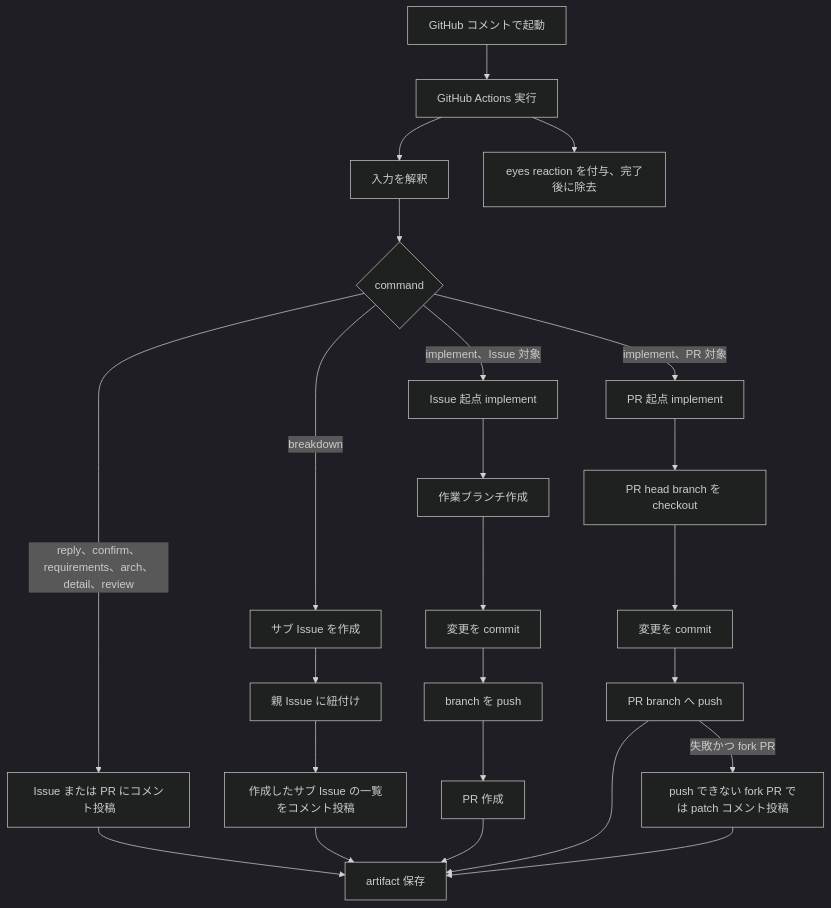
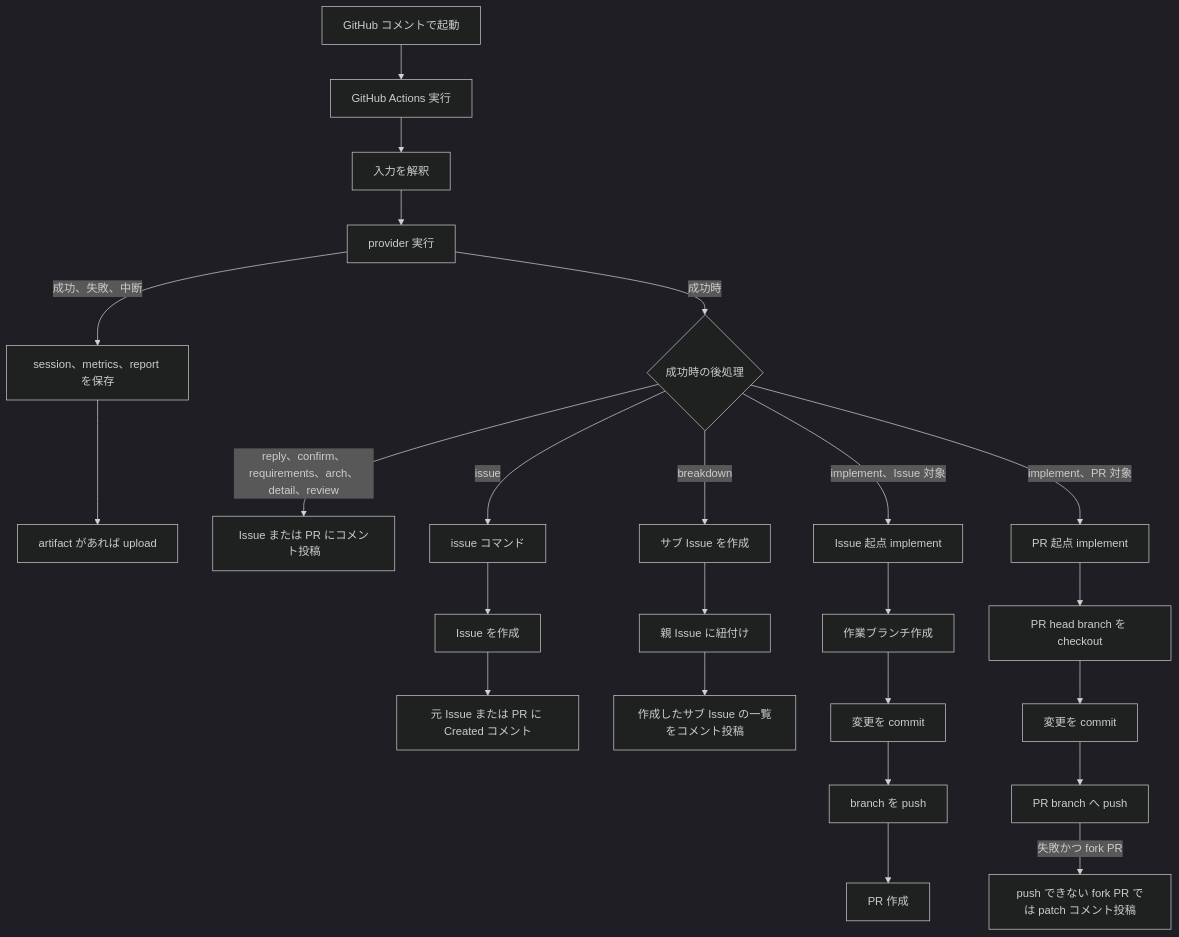
One commit to Hiroshiba/vv-ai changed the third of 3 diagrams in README.md. Above: the diagram before and after it, drawn with Mermaid (dark theme). The commit also changed other lines of this file, not shown here.

Commit message:
vv-ai: implement for PR #35

````diff
--- a/README.md
+++ b/README.md
@@ -190,51 +190,54 @@
 ```mermaid
 flowchart TD
   comment["GitHub コメントで起動"]
   action["GitHub Actions 実行"]
   parse["入力を解釈"]
-  command{"command"}
+  provider_run["provider 実行"]
+  effects{"成功時の後処理"}
+  artifact["session、metrics、report を保存"]
+  upload["artifact があれば upload"]
 
   response["Issue または PR にコメント投稿"]
+  issue_command["issue コマンド"]
+  created_issue["Issue を作成"]
+  created_link["元 Issue または PR に Created コメント"]
   create_tasks["サブ Issue を作成"]
   link_tasks["親 Issue に紐付け"]
   summary["作成したサブ Issue の一覧をコメント投稿"]
 
   issue_impl["Issue 起点 implement"]
   branch["作業ブランチ作成"]
   commit["変更を commit"]
   push["branch を push"]
   create_pr["PR 作成"]
 
   pr_impl["PR 起点 implement"]
   checkout["PR head branch を checkout"]
   pr_commit["変更を commit"]
   pr_push["PR branch へ push"]
   patch["push できない fork PR では patch コメント投稿"]
 
-  artifact["artifact 保存"]
-  reactions["eyes reaction を付与、完了後に除去"]
-
   comment --> action
   action --> parse
-  parse --> command
-  action --> reactions
-  command -- "reply、confirm、requirements、arch、detail、review" --> response
-  command -- "breakdown" --> create_tasks
+  parse --> provider_run
+  provider_run -- "成功、失敗、中断" --> artifact
+  artifact --> upload
+  provider_run -- "成功時" --> effects
+  effects -- "reply、confirm、requirements、arch、detail、review" --> response
+  effects -- "issue" --> issue_command
+  issue_command --> created_issue
+  created_issue --> created_link
+  effects -- "breakdown" --> create_tasks
   create_tasks --> link_tasks
   link_tasks --> summary
-  command -- "implement、Issue 対象" --> issue_impl
+  effects -- "implement、Issue 対象" --> issue_impl
   issue_impl --> branch
   branch --> commit
   commit --> push
   push --> create_pr
-  command -- "implement、PR 対象" --> pr_impl
+  effects -- "implement、PR 対象" --> pr_impl
   pr_impl --> checkout
   checkout --> pr_commit
   pr_commit --> pr_push
   pr_push -- "失敗かつ fork PR" --> patch
-  response --> artifact
-  summary --> artifact
-  create_pr --> artifact
-  pr_push --> artifact
-  patch --> artifact
 ```
````
